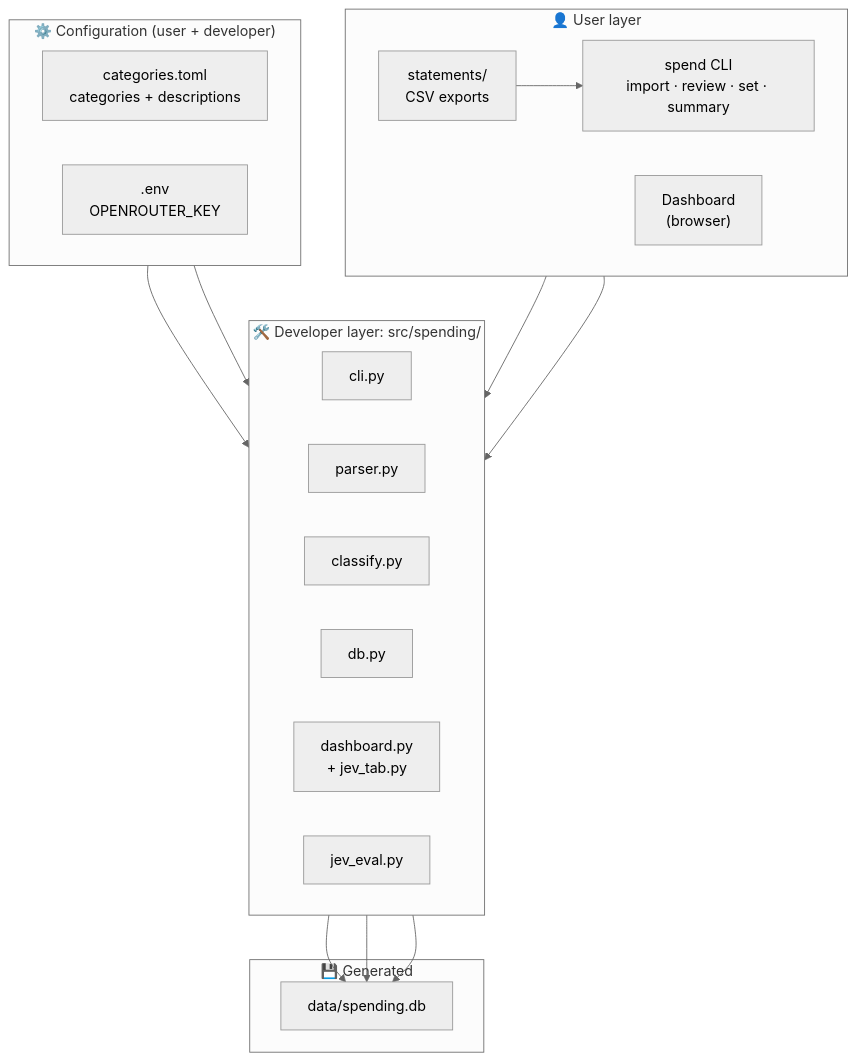
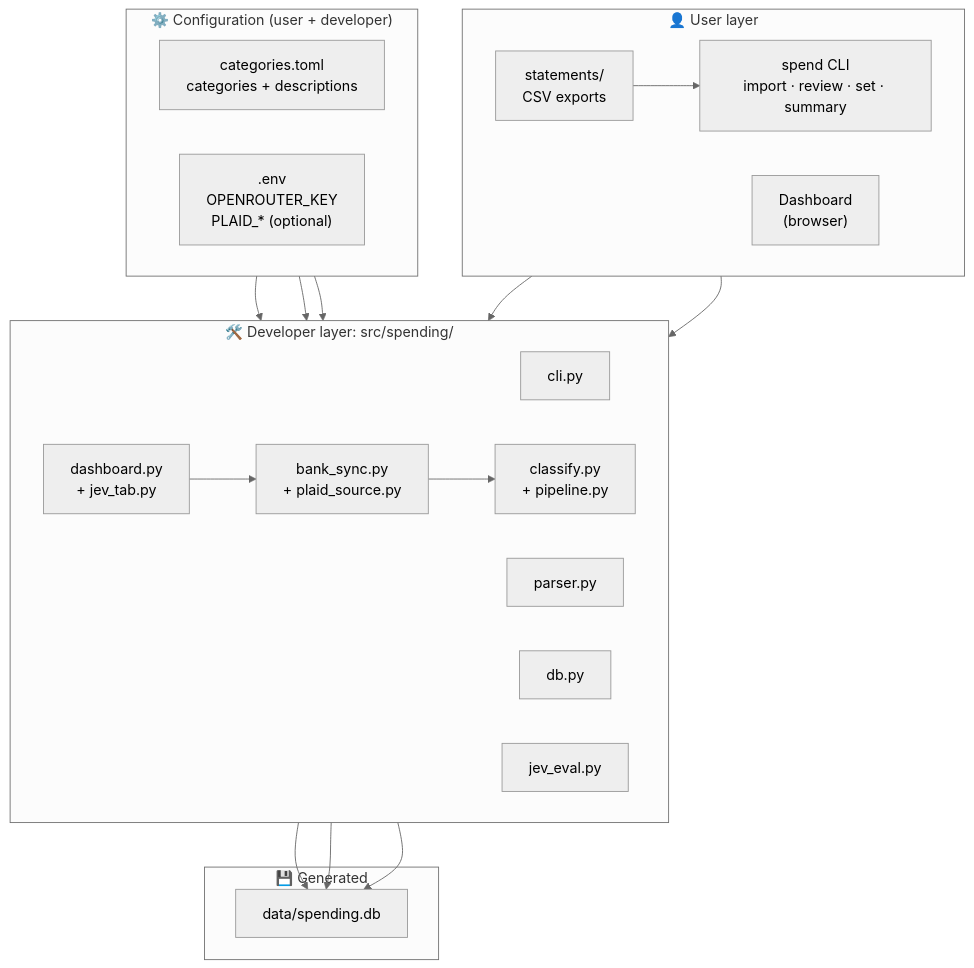
One commit to alessandrofelici/spending-tracker changed the first of 6 diagrams in STRUCTURE.md. Above: the diagram before and after it, drawn with Mermaid (neutral theme). The commit also changed other lines of this file and 21 other files, not shown here.

First line of the commit message:
feat: sync bank transactions through Plaid when the dashboard opens (#20)

````diff
--- a/STRUCTURE.md
+++ b/STRUCTURE.md
@@ -61,38 +73,42 @@
 ```mermaid
 flowchart TB
     subgraph USER["👤 User layer"]
         direction LR
         U1["statements/<br/>CSV exports"]
         U2["spend CLI<br/>import · review · set · summary"]
         U3["Dashboard<br/>(browser)"]
     end
 
     subgraph SHARED["⚙️ Configuration (user + developer)"]
         direction LR
         C1["categories.toml<br/>categories + descriptions"]
-        C2[".env<br/>OPENROUTER_KEY"]
+        C2[".env<br/>OPENROUTER_KEY<br/>PLAID_* (optional)"]
     end
 
     subgraph DEV["🛠️ Developer layer: src/spending/"]
         direction LR
         D1["cli.py"]
         D2["parser.py"]
-        D3["classify.py"]
+        D3["classify.py<br/>+ pipeline.py"]
         D4["db.py"]
         D5["dashboard.py<br/>+ jev_tab.py"]
         D6["jev_eval.py"]
+        D7["bank_sync.py<br/>+ plaid_source.py"]
     end
 
     subgraph STORE["💾 Generated"]
         S1["data/spending.db"]
     end
 
     U1 --> U2
     U2 --> D1
     U3 --> D5
+    D5 --> D7
     C1 --> D3
     C2 --> D3
+    C2 --> D7
+    D7 --> D3
     D4 --> S1
     D5 --> S1
     D6 --> S1
 ```
````
